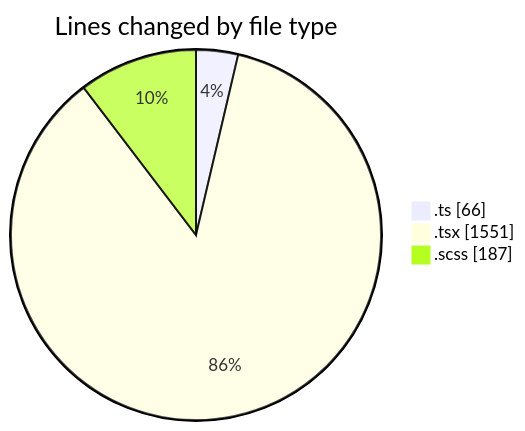
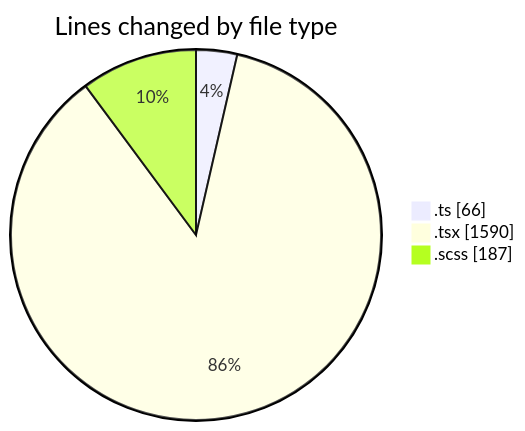
Before and after one commit to momahboobian/code-tracking: the first of 2 diagrams in 2025-03-21/cda/README.md, drawn with Mermaid. The commit also changed other lines of this file and 1 other file, not shown here.

````diff
--- a/2025-03-21/cda/README.md
+++ b/2025-03-21/cda/README.md
@@ -32,7 +32,7 @@
 ```mermaid
 pie showData
 title Lines changed by file type
 ".ts" : 66
-".tsx" : 1551
+".tsx" : 1590
 ".scss" : 187
 ```
````
